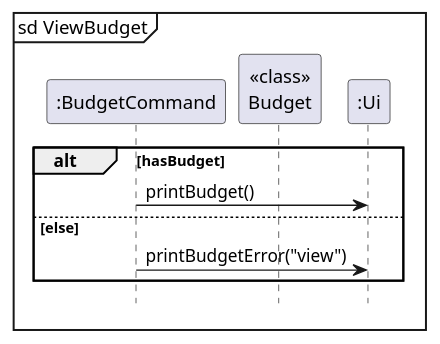
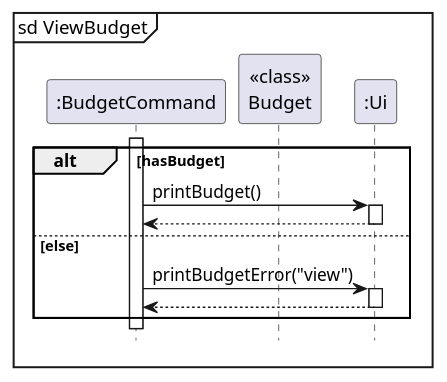
One commit to nus-cs2113-AY2324S1/tp changed the diagram in docs/diagrams/viewBudget.puml. Above: the diagram before and after it, drawn with PlantUML. The commit also changed 11 other files, not shown here.

Commit message:
Update diagrams, DG and UG

```diff
--- a/docs/diagrams/viewBudget.puml
+++ b/docs/diagrams/viewBudget.puml
@@ -1,15 +1,21 @@
 @startuml
+
+autoactivate on
 
 mainframe sd ViewBudget
 participant ":BudgetCommand" as BudgetCommand
 participant "<<class>>\nBudget" as Budget
 participant ":Ui" as Ui
 
+activate BudgetCommand
+
 alt hasBudget
     BudgetCommand -> Ui: printBudget()
+    return
 else else
     BudgetCommand -> Ui: printBudgetError("view")
+    return
 end
 
 hide footbox
 @enduml
```
